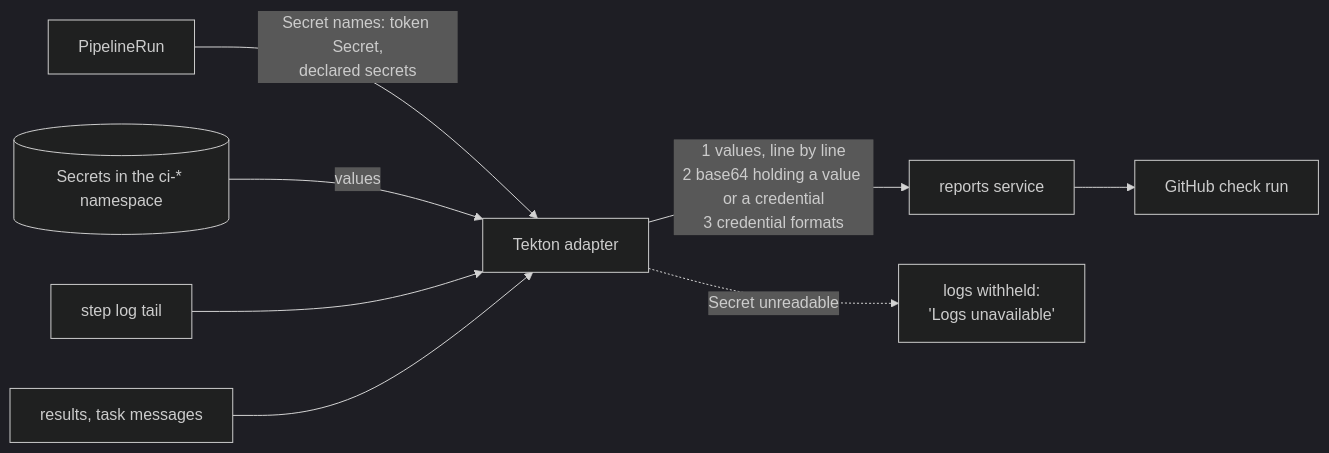
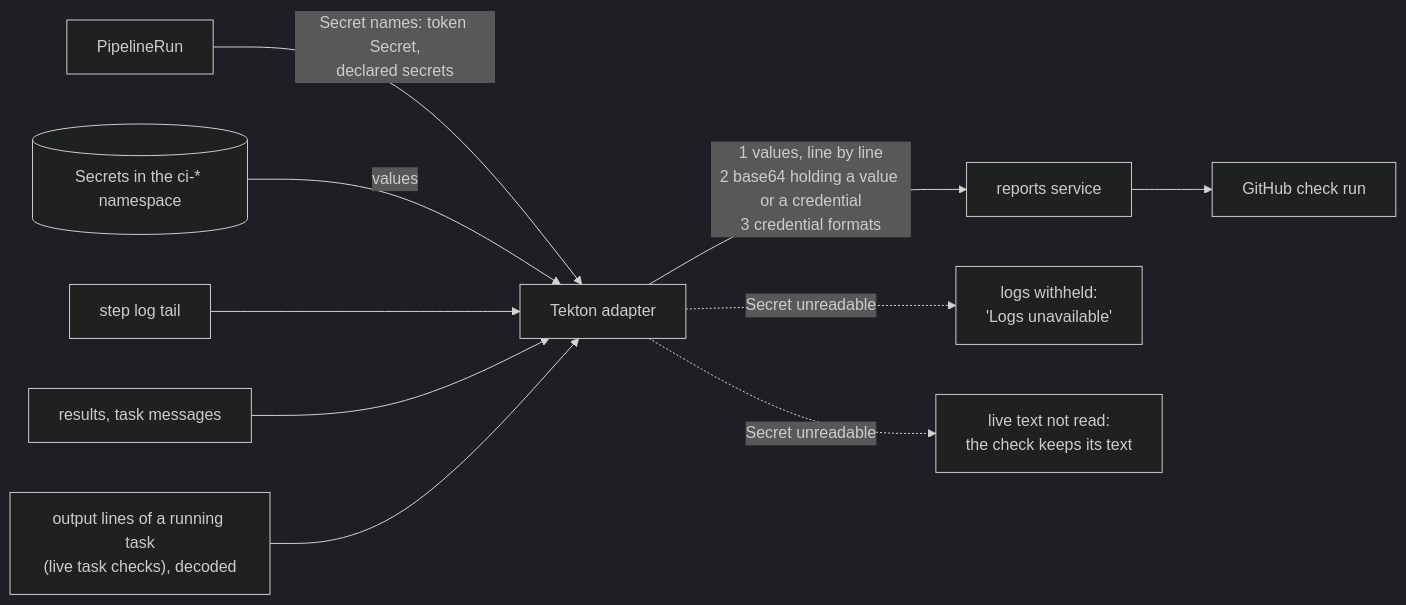
One commit to arikkfir-org/octomaton changed the diagram in docs/octomaton/designs/check-run-redaction.md. Above: the diagram before and after it, drawn with Mermaid (dark theme). The commit also changed other lines of this file, not shown here.

First line of the commit message:
docs(designs): list live task checks among redacted sources

````diff
--- a/docs/octomaton/designs/check-run-redaction.md
+++ b/docs/octomaton/designs/check-run-redaction.md
@@ -21,10 +23,12 @@
 ```mermaid
 flowchart LR
   PR[PipelineRun] -->|Secret names: token Secret,<br/>declared secrets| A[Tekton adapter]
   K[(Secrets in the ci-* namespace)] -->|values| A
   L[step log tail] --> A
   R[results, task messages] --> A
+  O["output lines of a running task<br/>(live task checks), decoded"] --> A
   A -->|1 values, line by line<br/>2 base64 holding a value or a credential<br/>3 credential formats| S[reports service]
   S --> GH[GitHub check run]
   A -. Secret unreadable .-> W[logs withheld:<br/>'Logs unavailable']
+  A -. Secret unreadable .-> N[live text not read:<br/>the check keeps its text]
 ```
````
